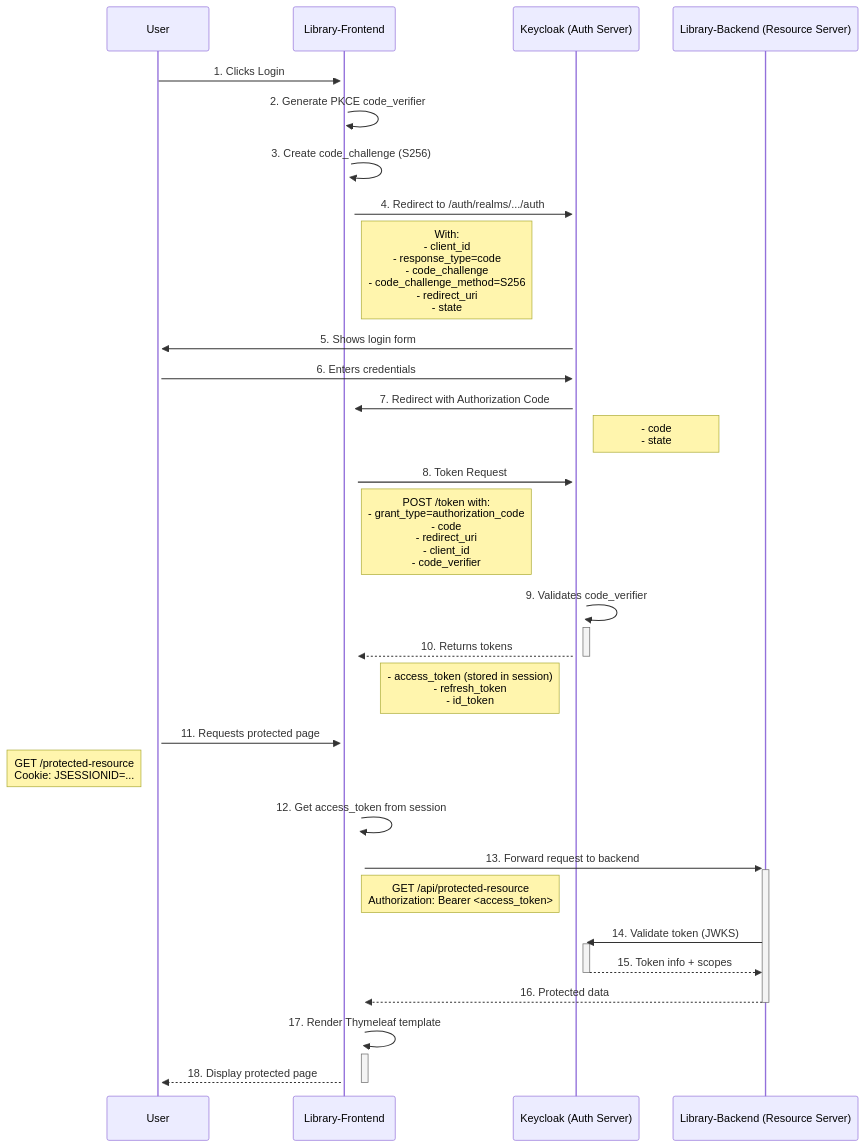
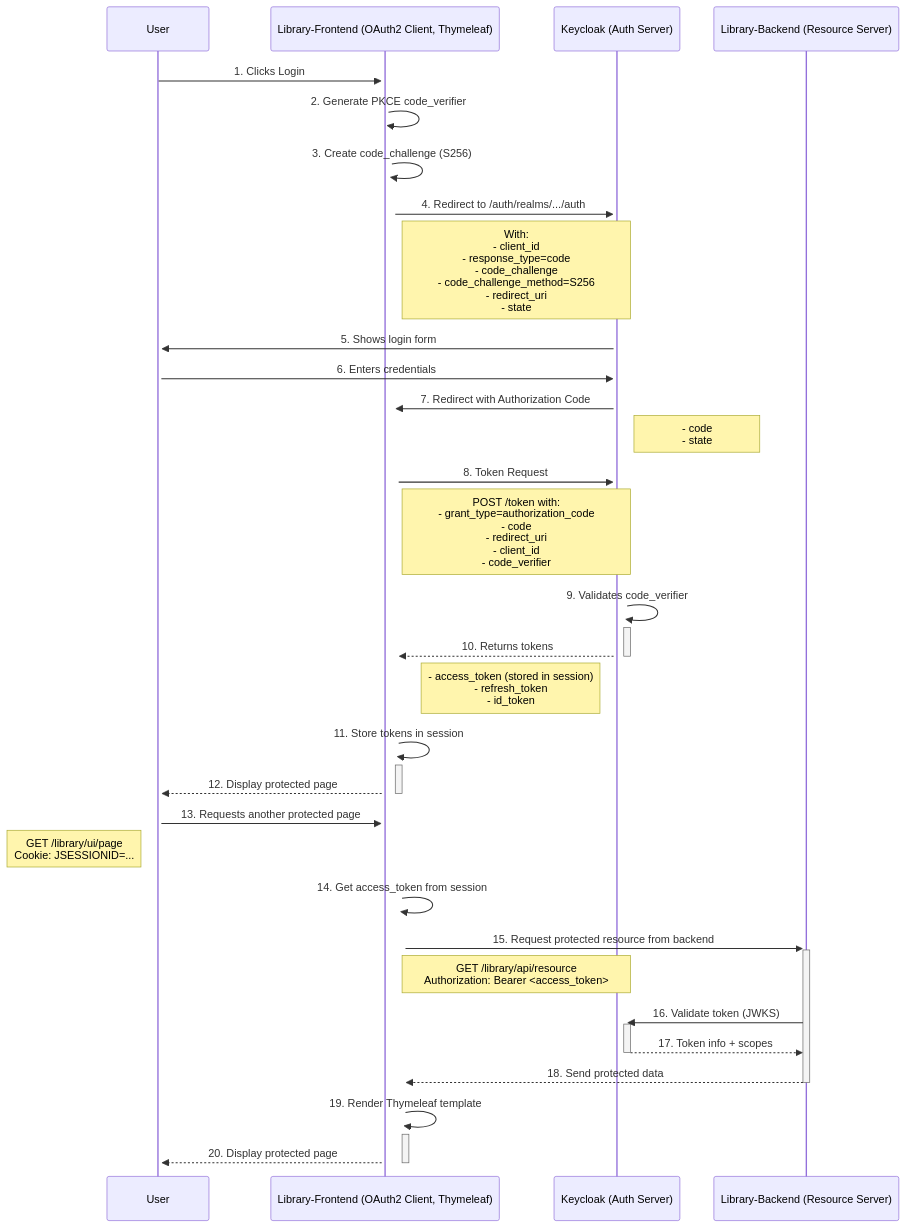
Before and after one commit to kergru/library-reactive: the second of 2 diagrams in README.md, drawn with Mermaid.

````diff
--- a/README.md
+++ b/README.md
@@ -96,42 +96,45 @@
 ```mermaid
 sequenceDiagram
     participant User
-    participant Frontend as Library-Frontend
+    participant Frontend as Library-Frontend (OAuth2 Client, Thymeleaf)
     participant Auth as Keycloak (Auth Server)
     participant Backend as Library-Backend (Resource Server)
 
 %% 1. Login Flow (handled entirely in Frontend)
     User->>+Frontend: 1. Clicks Login
     Frontend->>+Frontend: 2. Generate PKCE code_verifier
     Frontend->>+Frontend: 3. Create code_challenge (S256)
 
     Frontend->>+Auth: 4. Redirect to /auth/realms/.../auth
     Note right of Frontend: With:<br>- client_id<br>- response_type=code<br>- code_challenge<br>- code_challenge_method=S256<br>- redirect_uri<br>- state
 
     Auth->>+User: 5. Shows login form
     User->>+Auth: 6. Enters credentials
     Auth->>+Frontend: 7. Redirect with Authorization Code
     Note right of Auth: - code<br>- state
 
     Frontend->>+Auth: 8. Token Request
     Note right of Frontend: POST /token with:<br>- grant_type=authorization_code<br>- code<br>- redirect_uri<br>- client_id<br>- code_verifier
 
     Auth->>+Auth: 9. Validates code_verifier
     Auth-->>-Frontend: 10. Returns tokens
     Note left of Auth: - access_token (stored in session)<br>- refresh_token<br>- id_token
 
+    Frontend->>+Frontend: 11. Store tokens in session
+    Frontend-->>-User: 12. Display protected page
+
 %% 2. Protected Resource Access
-    User->>+Frontend: 11. Requests protected page
-    Note left of User: GET /protected-resource<br>Cookie: JSESSIONID=...
+    User->>+Frontend: 13. Requests another protected page
+    Note left of User: GET /library/ui/page<br>Cookie: JSESSIONID=...
 
-    Frontend->>+Frontend: 12. Get access_token from session
-    Frontend->>+Backend: 13. Forward request to backend
-    Note right of Frontend: GET /api/protected-resource<br>Authorization: Bearer <access_token>
+    Frontend->>+Frontend: 14. Get access_token from session
+    Frontend->>+Backend: 15. Request protected resource from backend
+    Note right of Frontend: GET /library/api/resource<br>Authorization: Bearer <access_token>
 
-    Backend->>+Auth: 14. Validate token (JWKS)
-    Auth-->>-Backend: 15. Token info + scopes
+    Backend->>+Auth: 16. Validate token (JWKS)
+    Auth-->>-Backend: 17. Token info + scopes
 
-    Backend-->>-Frontend: 16. Protected data
-    Frontend->>+Frontend: 17. Render Thymeleaf template
-    Frontend-->>-User: 18. Display protected page
+    Backend-->>-Frontend: 18. Send protected data
+    Frontend->>+Frontend: 19. Render Thymeleaf template
+    Frontend-->>-User: 20. Display protected page
 ```
````
